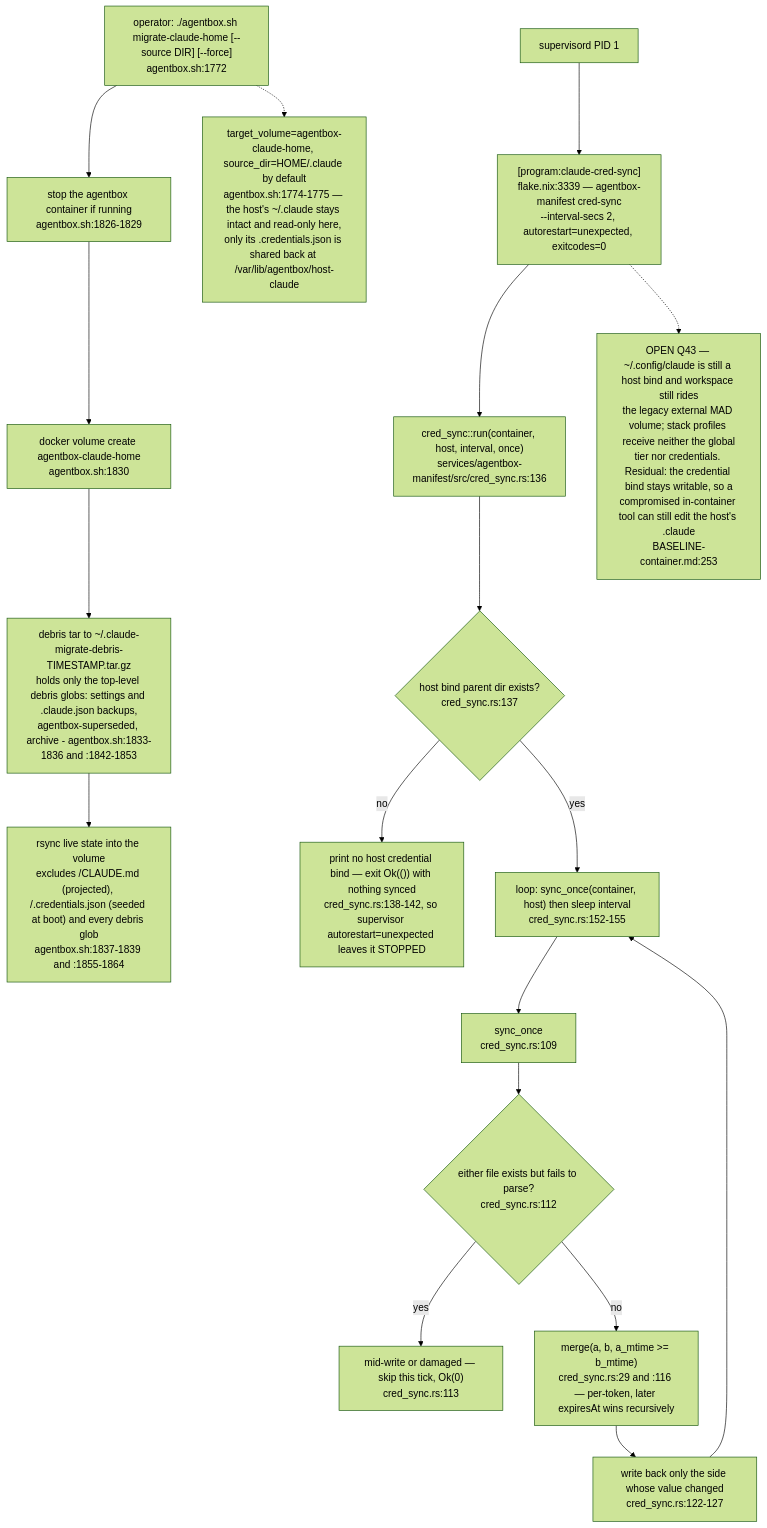
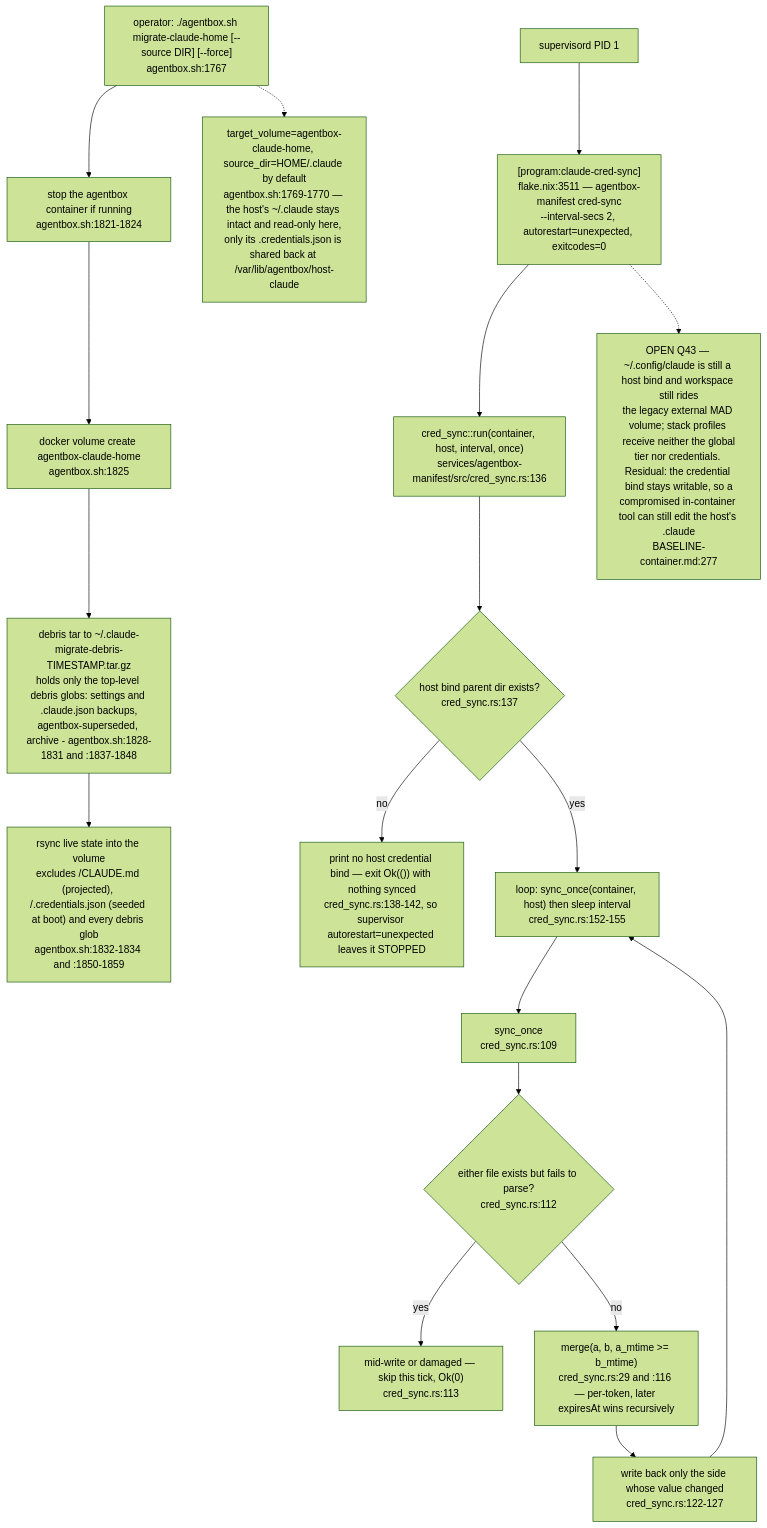
Before and after one commit to DreamLab-AI/VisionFlow: diagram 11 of 11 in docs/diagrams/agentbox/07-daemons-reapers-cron-backups.md, drawn with Mermaid (forest theme). The commit also changed other lines of this file and 14 other files, not shown here.

Commit message:
docs: align settlement, daemon and dated health diagrams

````diff
--- a/docs/diagrams/agentbox/07-daemons-reapers-cron-backups.md
+++ b/docs/diagrams/agentbox/07-daemons-reapers-cron-backups.md
@@ -426,22 +427,22 @@
 ```mermaid
 flowchart TD
-    MIG["operator: ./agentbox.sh migrate-claude-home [--source DIR] [--force]<br/>agentbox.sh:1772"] --> STOP["stop the agentbox container if running<br/>agentbox.sh:1826-1829"]
-    STOP --> VOL["docker volume create agentbox-claude-home<br/>agentbox.sh:1830"]
-    VOL --> DEB["debris tar to ~/.claude-migrate-debris-TIMESTAMP.tar.gz<br/>holds only the top-level debris globs: settings and .claude.json backups,<br/>agentbox-superseded, archive - agentbox.sh:1833-1836 and :1842-1853"]
-    DEB --> RSYNC["rsync live state into the volume<br/>excludes /CLAUDE.md (projected), /.credentials.json (seeded at boot) and every debris glob<br/>agentbox.sh:1837-1839 and :1855-1864"]
+    MIG["operator: ./agentbox.sh migrate-claude-home [--source DIR] [--force]<br/>agentbox.sh:1767"] --> STOP["stop the agentbox container if running<br/>agentbox.sh:1821-1824"]
+    STOP --> VOL["docker volume create agentbox-claude-home<br/>agentbox.sh:1825"]
+    VOL --> DEB["debris tar to ~/.claude-migrate-debris-TIMESTAMP.tar.gz<br/>holds only the top-level debris globs: settings and .claude.json backups,<br/>agentbox-superseded, archive - agentbox.sh:1828-1831 and :1837-1848"]
+    DEB --> RSYNC["rsync live state into the volume<br/>excludes /CLAUDE.md (projected), /.credentials.json (seeded at boot) and every debris glob<br/>agentbox.sh:1832-1834 and :1850-1859"]
 
-    SUP["supervisord PID 1"] --> CS["[program:claude-cred-sync]<br/>flake.nix:3339 — agentbox-manifest cred-sync<br/>--interval-secs 2, autorestart=unexpected, exitcodes=0"]
+    SUP["supervisord PID 1"] --> CS["[program:claude-cred-sync]<br/>flake.nix:3511 — agentbox-manifest cred-sync<br/>--interval-secs 2, autorestart=unexpected, exitcodes=0"]
     CS --> RUN["cred_sync::run(container, host, interval, once)<br/>services/agentbox-manifest/src/cred_sync.rs:136"]
     RUN --> GATE{"host bind parent dir exists?<br/>cred_sync.rs:137"}
     GATE -->|no| EXIT0["print no host credential bind — exit Ok(()) with nothing synced<br/>cred_sync.rs:138-142, so supervisor autorestart=unexpected leaves it STOPPED"]
     GATE -->|yes| LOOP["loop: sync_once(container, host) then sleep interval<br/>cred_sync.rs:152-155"]
     LOOP --> SO["sync_once<br/>cred_sync.rs:109"]
     SO --> TORN{"either file exists but fails to parse?<br/>cred_sync.rs:112"}
     TORN -->|yes| WAIT["mid-write or damaged — skip this tick, Ok(0)<br/>cred_sync.rs:113"]
     TORN -->|no| MERGE["merge(a, b, a_mtime >= b_mtime)<br/>cred_sync.rs:29 and :116 — per-token, later expiresAt wins recursively"]
     MERGE --> WRITE["write back only the side whose value changed<br/>cred_sync.rs:122-127"]
     WRITE --> LOOP
 
-    MIG -.-> NOTE1["target_volume=agentbox-claude-home, source_dir=HOME/.claude by default<br/>agentbox.sh:1774-1775 — the host's ~/.claude stays intact and read-only here,<br/>only its .credentials.json is shared back at /var/lib/agentbox/host-claude"]
-    CS -.-> Q43["OPEN Q43 — ~/.config/claude is still a host bind and workspace still rides<br/>the legacy external MAD volume; stack profiles receive neither the global<br/>tier nor credentials. Residual: the credential bind stays writable, so a<br/>compromised in-container tool can still edit the host's .claude<br/>BASELINE-container.md:253"]
+    MIG -.-> NOTE1["target_volume=agentbox-claude-home, source_dir=HOME/.claude by default<br/>agentbox.sh:1769-1770 — the host's ~/.claude stays intact and read-only here,<br/>only its .credentials.json is shared back at /var/lib/agentbox/host-claude"]
+    CS -.-> Q43["OPEN Q43 — ~/.config/claude is still a host bind and workspace still rides<br/>the legacy external MAD volume; stack profiles receive neither the global<br/>tier nor credentials. Residual: the credential bind stays writable, so a<br/>compromised in-container tool can still edit the host's .claude<br/>BASELINE-container.md:277"]
 ```
````
